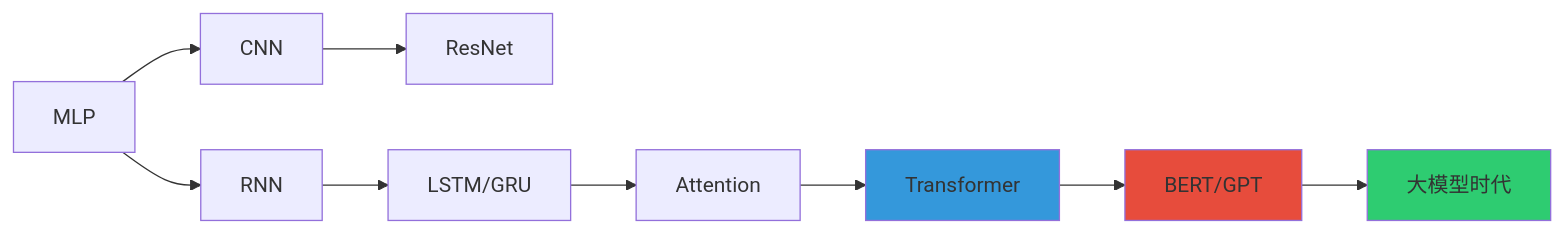
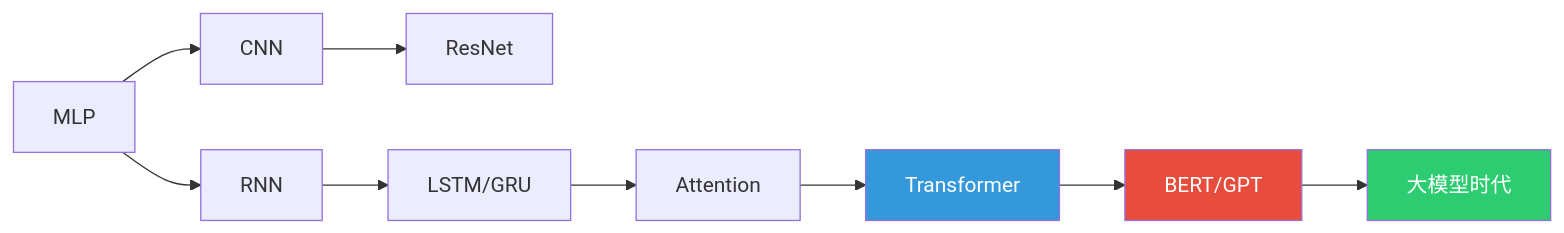
Before and after one commit to Atituiset/llm-konwleage-hub: the sixth of 6 diagrams in src/04-deep-learning-core/dl-little-book.md, drawn with Mermaid. The commit also changed other lines of this file and 7 other files, not shown here.

First line of the commit message:
Fix Mermaid diagram readability: explicit text colors on styled nodes

````diff
--- a/src/04-deep-learning-core/dl-little-book.md
+++ b/src/04-deep-learning-core/dl-little-book.md
@@ -203,15 +203,15 @@
 ```mermaid
 graph LR
     A[MLP] --> B[CNN]
     A --> C[RNN]
     B --> D[ResNet]
     C --> E[LSTM/GRU]
     E --> F[Attention]
     F --> G[Transformer]
     G --> H[BERT/GPT]
     H --> I[大模型时代]
 
-    style G fill:#3498db
-    style H fill:#e74c3c
-    style I fill:#2ecc71
+    style G fill:#3498db,color:#fff
+    style H fill:#e74c3c,color:#fff
+    style I fill:#2ecc71,color:#fff
 ```
````
